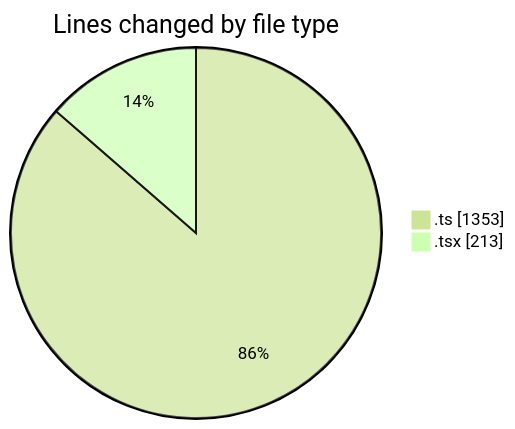
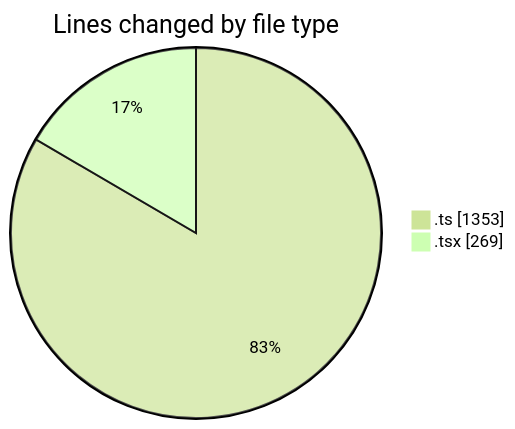
Before and after one commit to nxtqubesakshisongat/code-tracking: the first of 2 diagrams in 2026-03-12/nxtqube_webapp/README.md, drawn with Mermaid (forest theme). The commit also changed other lines of this file and 1 other file, not shown here.

````diff
--- a/2026-03-12/nxtqube_webapp/README.md
+++ b/2026-03-12/nxtqube_webapp/README.md
@@ -25,6 +26,6 @@
 ```mermaid
 pie showData
 title Lines changed by file type
 ".ts" : 1353
-".tsx" : 213
+".tsx" : 269
 ```
````
